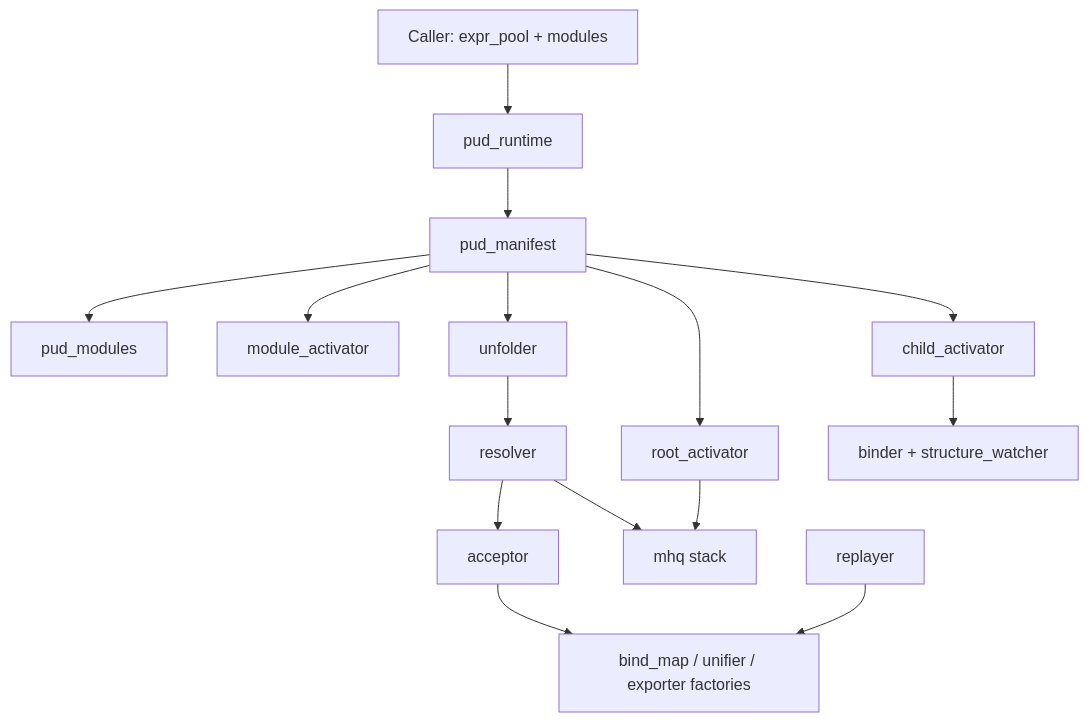
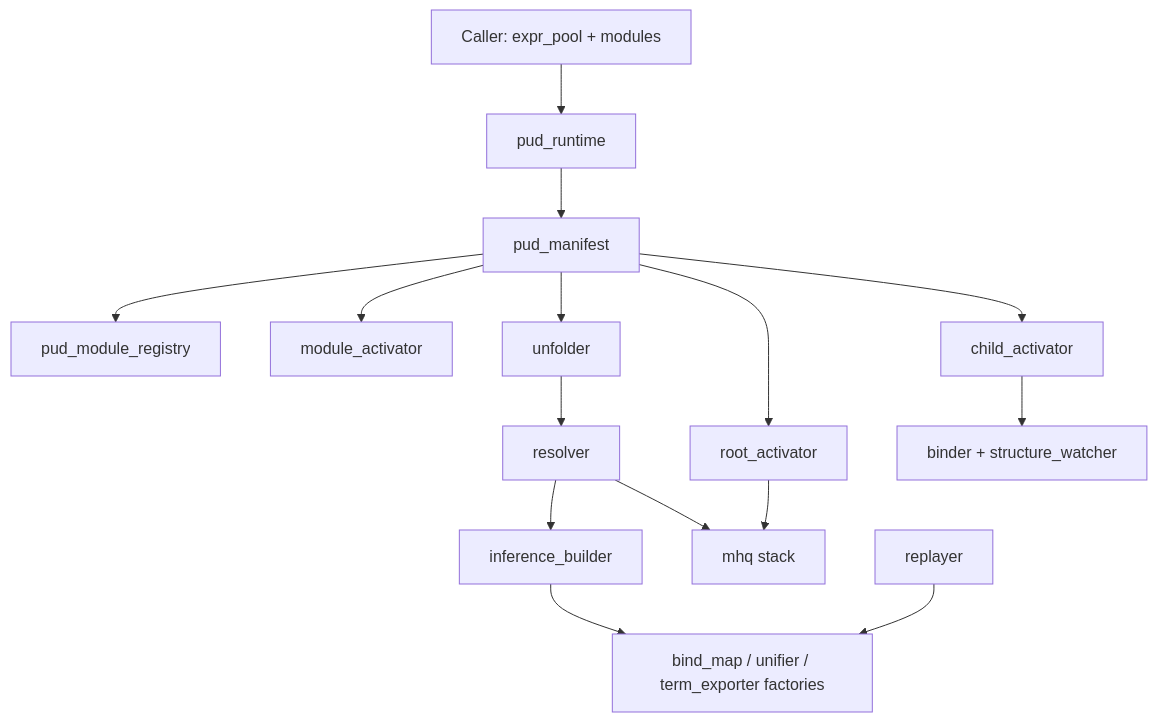
Before and after one commit to team-affix/atlas: the second of 5 diagrams in docs/pud-architecture.md, drawn with Mermaid. The commit also changed other lines of this file and 45 other files, not shown here.

````diff
--- a/docs/pud-architecture.md
+++ b/docs/pud-architecture.md
@@ -49,22 +49,22 @@
 ```mermaid
 flowchart TB
   Caller[Caller: expr_pool + modules]
   RT[pud_runtime]
   MF[pud_manifest]
 
   Caller --> RT
   RT --> MF
 
-  MF --> Mod[pud_modules]
+  MF --> Mod[pud_module_registry]
   MF --> MA[module_activator]
   MF --> UF[unfolder]
   UF --> Res[resolver]
-  Res --> Acc[acceptor]
+  Res --> Acc[inference_builder]
   Res --> MHQ
   MF --> CA[child_activator]
   MF --> RA[root_activator]
   CA --> Bind[binder + structure_watcher]
   RA --> MHQ[mhq stack]
-  Acc --> Terms[bind_map / unifier / exporter factories]
+  Acc --> Terms[bind_map / unifier / term_exporter factories]
   RP[replayer] --> Terms
 ```
````
